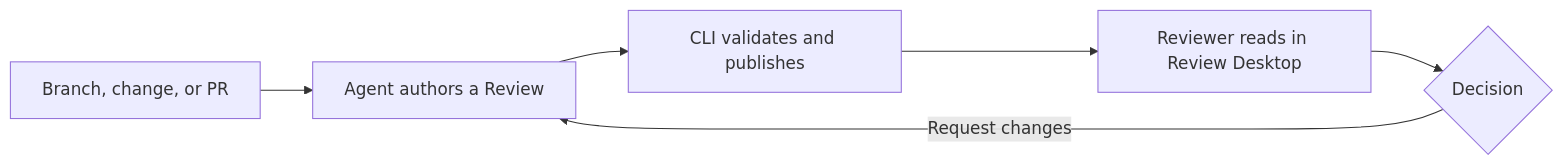
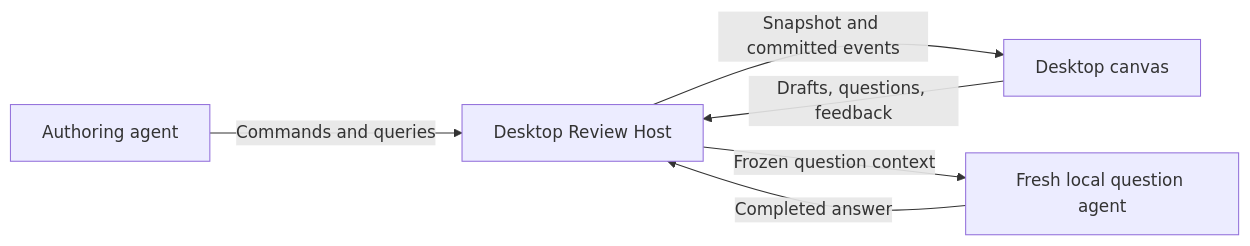
One commit to devdotfast/review changed the diagram in docs/how-review-works.md. Above: the diagram before and after it, drawn with Mermaid. The commit also changed other lines of this file and 89 other files, not shown here.

First line of the commit message:
Connect the existing review UI to the JSON host

````diff
--- a/docs/how-review-works.md
+++ b/docs/how-review-works.md
@@ -11,8 +5,8 @@
 ```mermaid
 flowchart LR
-  A[Branch, change, or PR] --> B[Agent authors a Review]
-  B --> C[CLI validates and publishes]
-  C --> D[Reviewer reads in Review Desktop]
-  D --> E{Decision}
-  E -->|Request changes| B
+  A[Authoring agent] -->|Commands and queries| H[Desktop Review Host]
+  H -->|Snapshot and committed events| V[Desktop canvas]
+  V -->|Drafts, questions, feedback| H
+  H -->|Frozen question context| Q[Fresh local question agent]
+  Q -->|Completed answer| H
 ```
````
